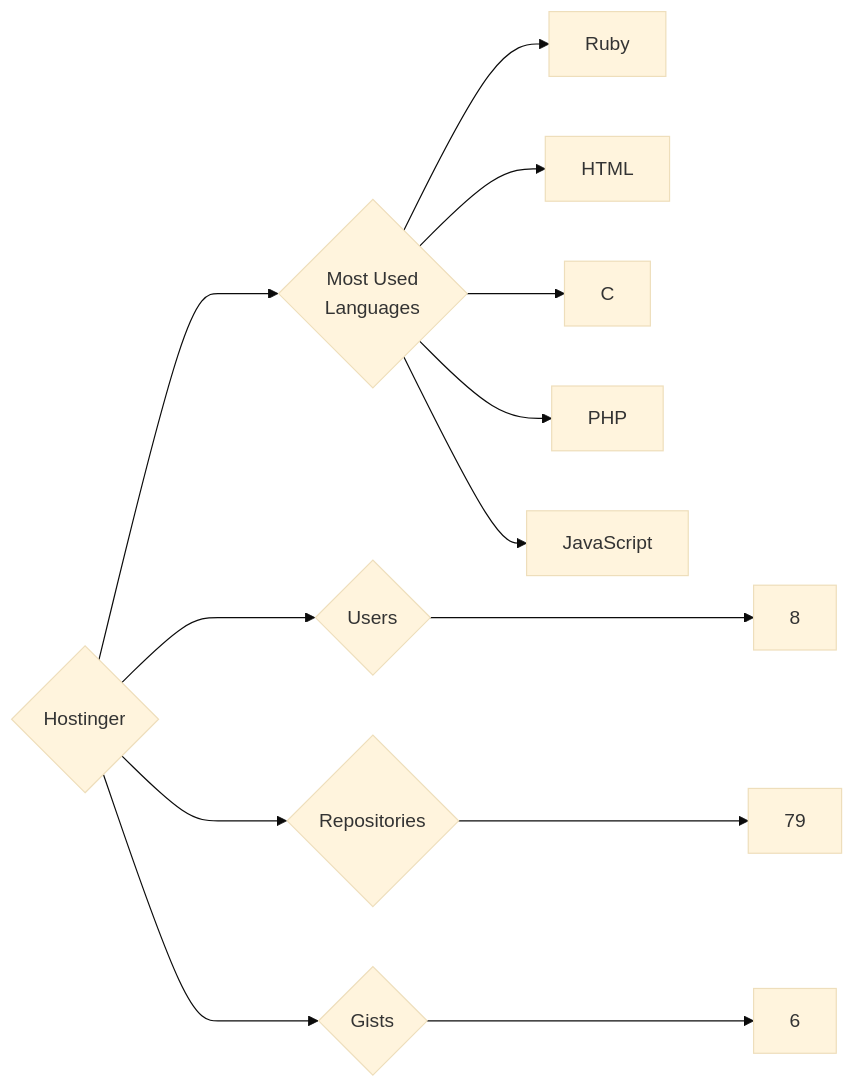
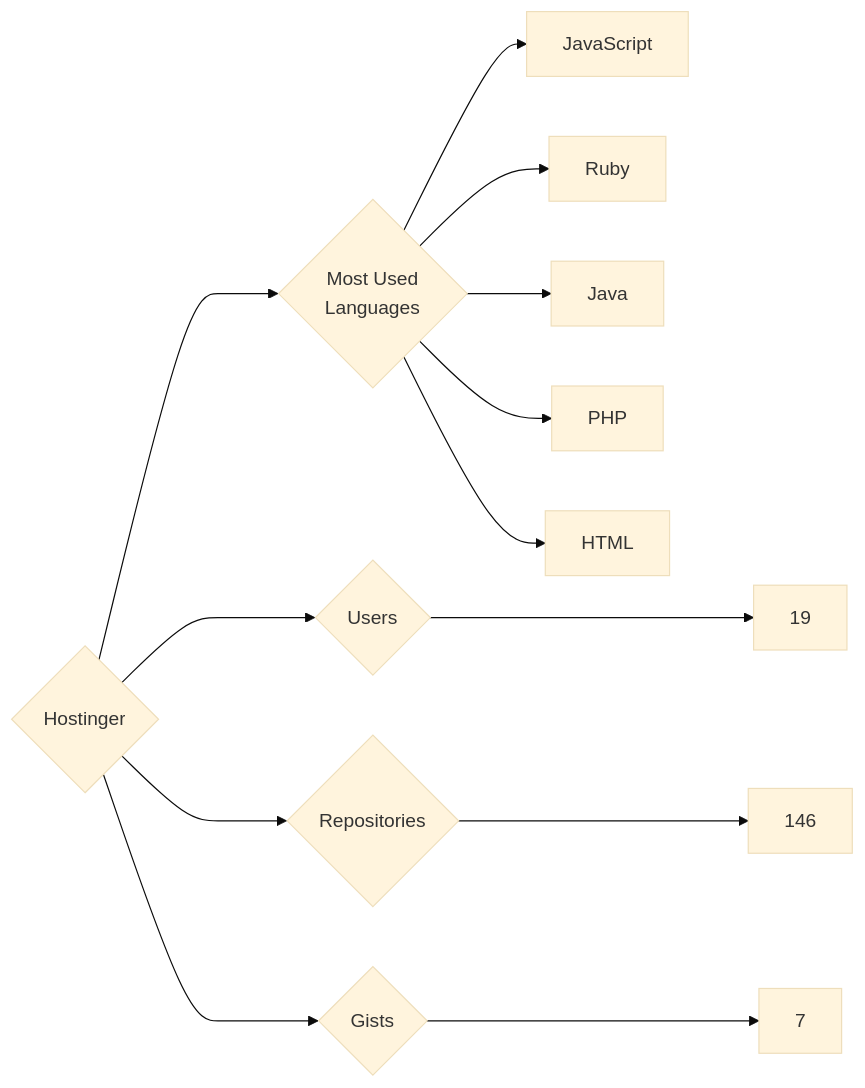
Before and after one commit to trickest/insiders: the diagram in targets/Hostinger/README.md, drawn with Mermaid (base theme). The commit also changed 872 other files, not shown here.

````diff
--- a/targets/Hostinger/README.md
+++ b/targets/Hostinger/README.md
@@ -3,13 +3,13 @@
 ```mermaid
 graph LR
 COMPANY_NAME{Hostinger}
-COMPANY_NAME ---> U{Users} ---> UN[8]
-COMPANY_NAME ---> R{Repositories} ---> RN[79]
-COMPANY_NAME ---> G{Gists} ---> GN[6]
+COMPANY_NAME ---> U{Users} ---> UN[19]
+COMPANY_NAME ---> R{Repositories} ---> RN[146]
+COMPANY_NAME ---> G{Gists} ---> GN[7]
 COMPANY_NAME ---> ML{Most Used<br>Languages}
+ML --> JavaScript[JavaScript]
 ML --> Ruby[Ruby]
+ML --> Java[Java]
+ML --> PHP[PHP]
 ML --> HTML[HTML]
-ML --> C[C]
-ML --> PHP[PHP]
-ML --> JavaScript[JavaScript]
 ```
````
